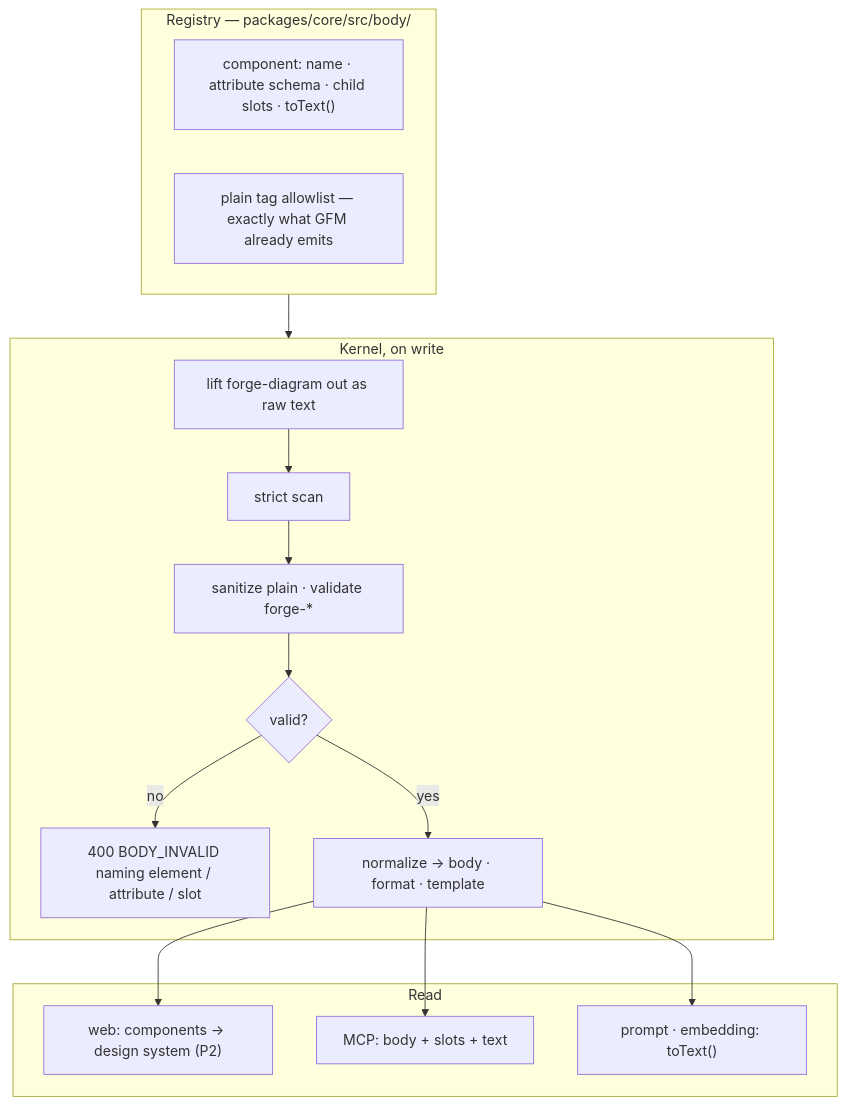
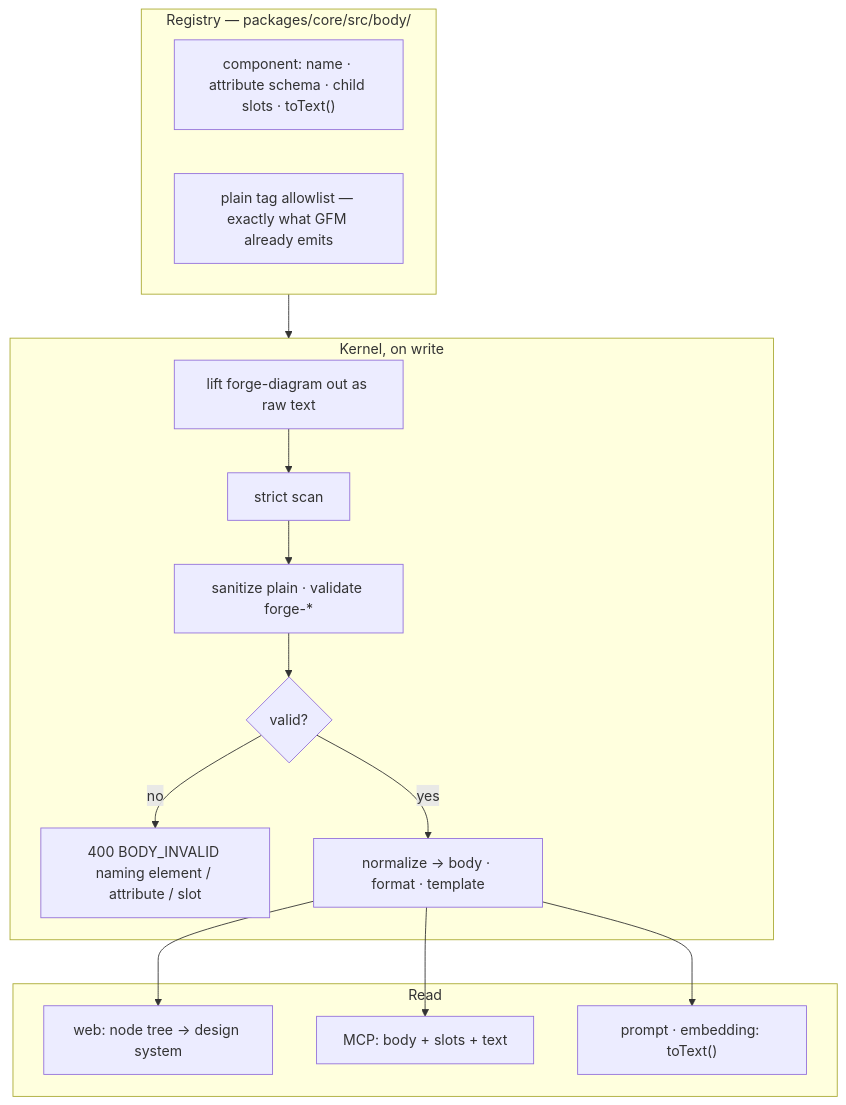
One commit to SidCorp-co/forge changed the diagram in docs/proposals/body-templates.md. Above: the diagram before and after it, drawn with Mermaid. The commit also changed other lines of this file and 36 other files, not shown here.

````diff
--- a/docs/proposals/body-templates.md
+++ b/docs/proposals/body-templates.md
@@ -39,23 +41,23 @@
 ```mermaid
 flowchart TB
   subgraph R["Registry — packages/core/src/body/"]
     C["component: name · attribute schema · child slots · toText()"]
     A["plain tag allowlist — exactly what GFM already emits"]
   end
   subgraph K["Kernel, on write"]
     X["lift forge-diagram out as raw text"] --> P["strict scan"]
     P --> S["sanitize plain · validate forge-*"]
     S --> V{"valid?"}
     V -- "no" --> E["400 BODY_INVALID naming element / attribute / slot"]
     V -- "yes" --> N["normalize → body · format · template"]
   end
   subgraph READ["Read"]
-    W["web: components → design system (P2)"]
+    W["web: node tree → design system"]
     G["MCP: body + slots + text"]
     T["prompt · embedding: toText()"]
   end
   R --> K
   N --> W
   N --> G
   N --> T
 ```
````
